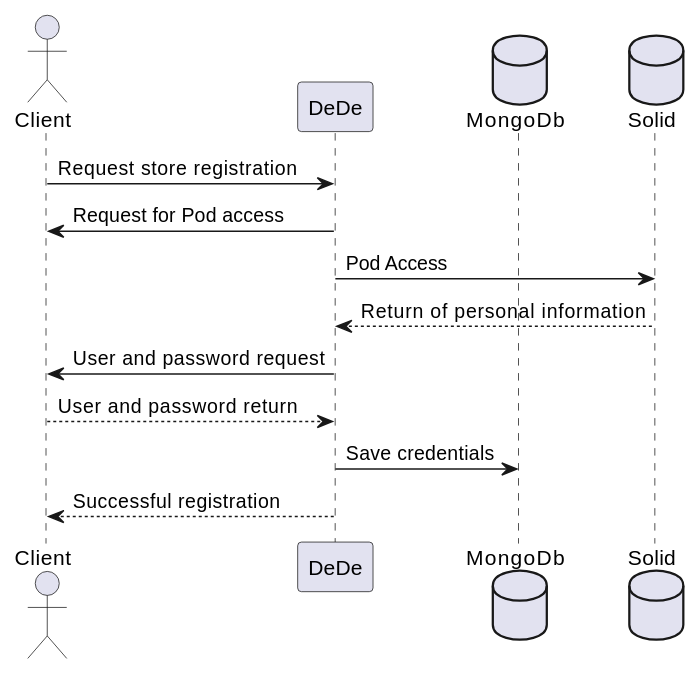
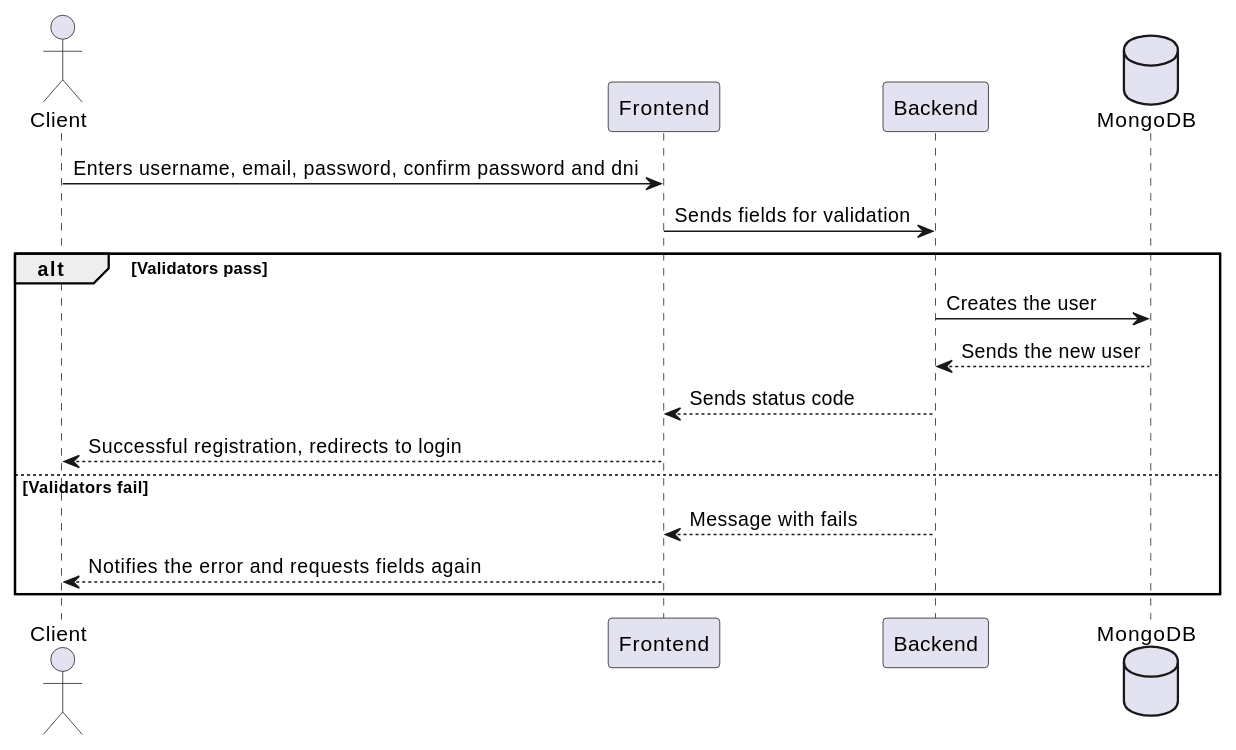
Before and after one commit to Arquisoft/Arquisoft-dede_es_04a: the fourth of 6 diagrams in docs/06_runtime_view.adoc, drawn with PlantUML. The commit also changed other lines of this file, not shown here.

Commit message:
Acabados diagramas de contexto

```diff
--- a/docs/06_runtime_view.adoc
+++ b/docs/06_runtime_view.adoc
@@ -107,17 +107,20 @@
 [plantuml,"SignUpProcess",png]
 ----
 @startuml
 actor Client
-participant DeDe
-database MongoDb
-database Solid
-Client -> DeDe: Request store registration
-DeDe -> Client: Request for Pod access
-DeDe -> Solid: Pod Access
-Solid --> DeDe: Return of personal information
-DeDe -> Client: User and password request
-Client --> DeDe: User and password return
-DeDe -> MongoDb: Save credentials
-DeDe --> Client: Successful registration
+participant Frontend
+participant Backend
+database MongoDB
+Client -> Frontend: Enters username, email, password, confirm password and dni
+Frontend -> Backend: Sends fields for validation
+alt Validators pass
+Backend -> MongoDB: Creates the user
+MongoDB --> Backend: Sends the new user
+Backend --> Frontend: Sends status code
+Frontend --> Client: Successful registration, redirects to login
+else Validators fail
+Backend --> Frontend: Message with fails
+Frontend --> Client: Notifies the error and requests fields again
+end
 @enduml
 ----
```
